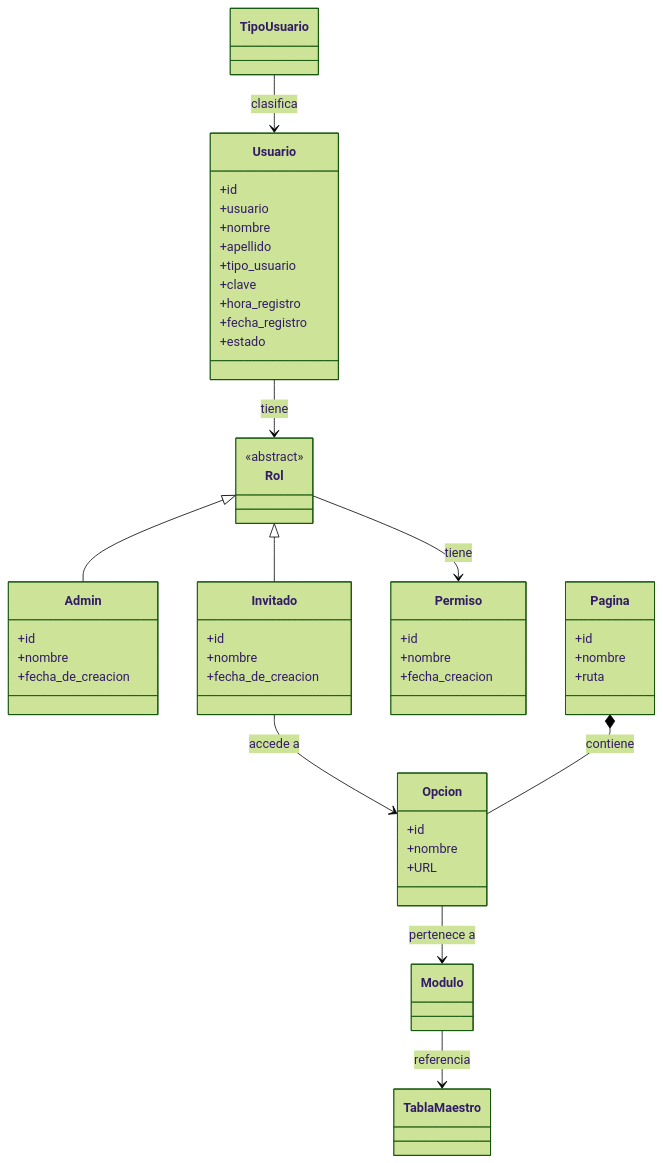
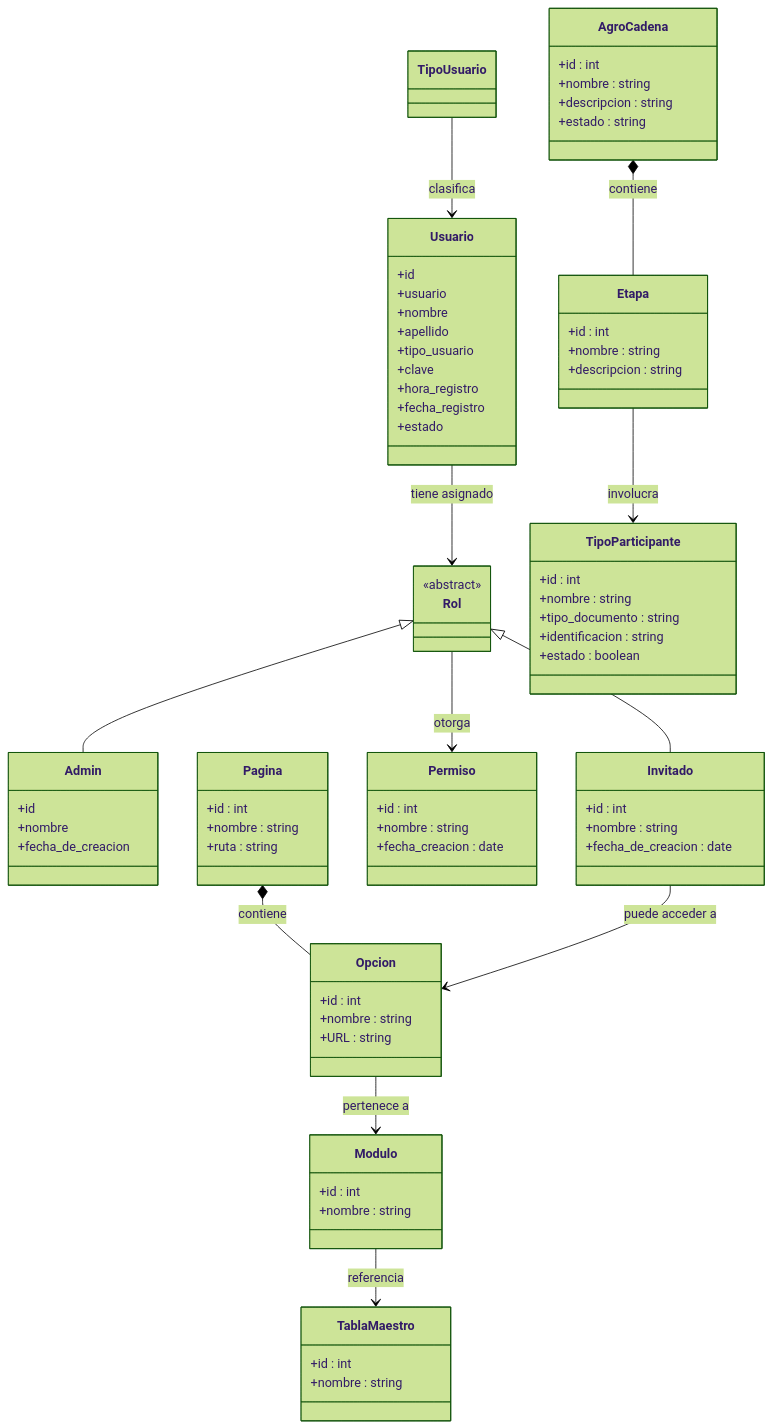
One commit to alejandrodgz/node-RED changed the diagram in .github/agents/industrializacion-software.agent.md. Above: the diagram before and after it, drawn with Mermaid (forest theme). The commit also changed other lines of this file and 6 other files, not shown here.

````diff
--- a/.github/agents/industrializacion-software.agent.md
+++ b/.github/agents/industrializacion-software.agent.md
@@ -198,45 +208,74 @@
     }
 
     class Invitado {
-        +id
-        +nombre
-        +fecha_de_creacion
+        +id : int
+        +nombre : string
+        +fecha_de_creacion : date
     }
 
     class Permiso {
-        +id
-        +nombre
-        +fecha_creacion
+        +id : int
+        +nombre : string
+        +fecha_creacion : date
     }
 
     class Pagina {
-        +id
-        +nombre
-        +ruta
+        +id : int
+        +nombre : string
+        +ruta : string
     }
 
     class Opcion {
-        +id
-        +nombre
-        +URL
+        +id : int
+        +nombre : string
+        +URL : string
     }
 
     class Modulo {
+        +id : int
+        +nombre : string
     }
 
     class TablaMaestro {
+        +id : int
+        +nombre : string
+    }
+
+    class AgroCadena {
+        +id : int
+        +nombre : string
+        +descripcion : string
+        +estado : string
+    }
+
+    class Etapa {
+        +id : int
+        +nombre : string
+        +descripcion : string
+    }
+
+    class TipoParticipante {
+        +id : int
+        +nombre : string
+        +tipo_documento : string
+        +identificacion : string
+        +estado : boolean
     }
 
     %% Herencia
     Rol <|-- Admin
     Rol <|-- Invitado
 
+    %% Composición
+    AgroCadena *-- Etapa : contiene
+    Pagina *-- Opcion : contiene
+
     %% Asociaciones
     TipoUsuario --> Usuario : clasifica
-    Usuario --> Rol : tiene
-    Rol --> Permiso : tiene
-    Invitado --> Opcion : accede a
+    Usuario --> Rol : tiene asignado
+    Rol --> Permiso : otorga
+    Invitado --> Opcion : puede acceder a
     Opcion --> Modulo : pertenece a
     Modulo --> TablaMaestro : referencia
-    Pagina *-- Opcion : contiene
+    Etapa --> TipoParticipante : involucra
 ```
````
